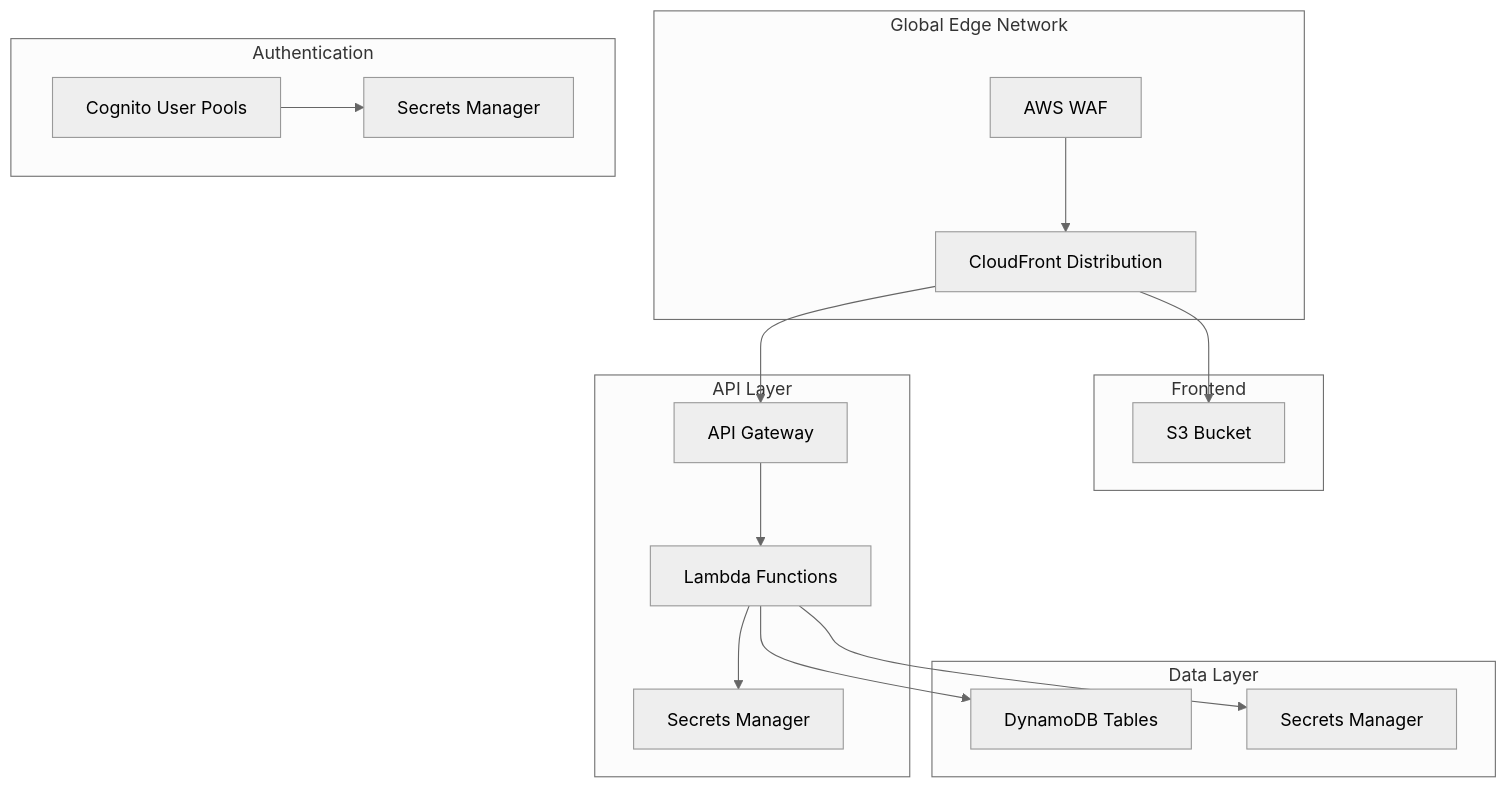
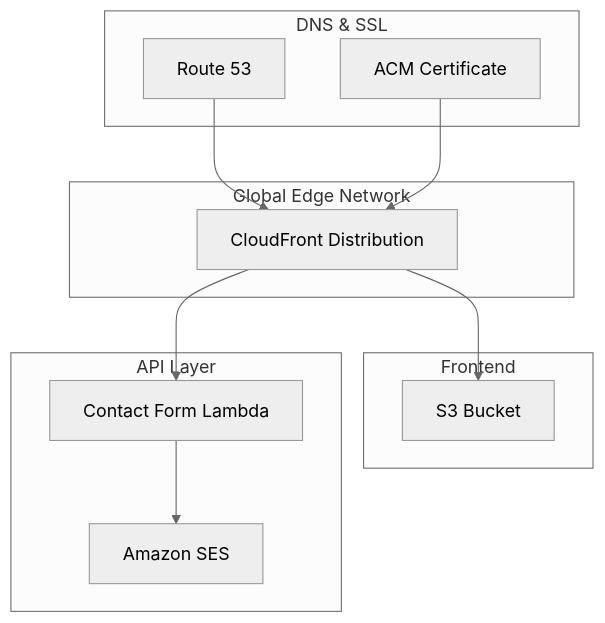
One commit to vivek9441/portfolio changed the first of 3 diagrams in README.md. Above: the diagram before and after it, drawn with Mermaid (neutral theme). The commit also changed other lines of this file, not shown here.

Commit message:
docs(readme): Update README to reflect architecture changes and add citation guidelines

````diff
--- a/README.md
+++ b/README.md
@@ -79,36 +80,26 @@
 ```mermaid
 graph TB
     subgraph "Global Edge Network"
         CF[CloudFront Distribution]
-        WAF[AWS WAF]
     end
 
     subgraph "Frontend"
         S3[S3 Bucket]
         CF --> S3
-        WAF --> CF
-    end
-
-    subgraph "Authentication"
-        COGNITO[Cognito User Pools]
-        SECRETS1[Secrets Manager]
     end
 
     subgraph "API Layer"
-        APIGW[API Gateway]
-        LAMBDA[Lambda Functions]
-        SECRETS2[Secrets Manager]
+        LAMBDA[Contact Form Lambda]
+        SES[Amazon SES]
     end
 
-    subgraph "Data Layer"
-        DYNAMODB[DynamoDB Tables]
-        SECRETS3[Secrets Manager]
+    subgraph "DNS & SSL"
+        R53[Route 53]
+        ACM[ACM Certificate]
     end
 
-    CF --> APIGW
-    APIGW --> LAMBDA
-    LAMBDA --> DYNAMODB
-    LAMBDA --> SECRETS2
-    COGNITO --> SECRETS1
-    LAMBDA --> SECRETS3
+    CF --> LAMBDA
+    LAMBDA --> SES
+    R53 --> CF
+    ACM --> CF
 ```
````
